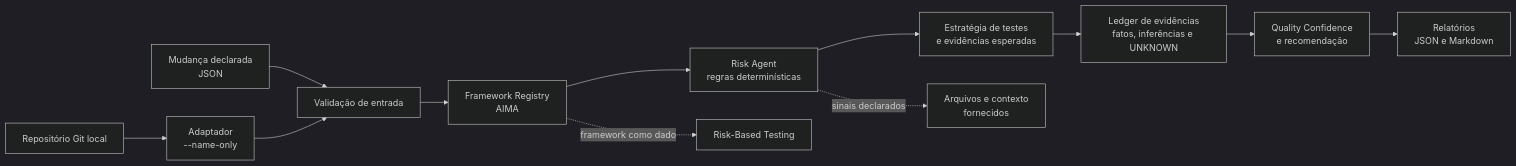
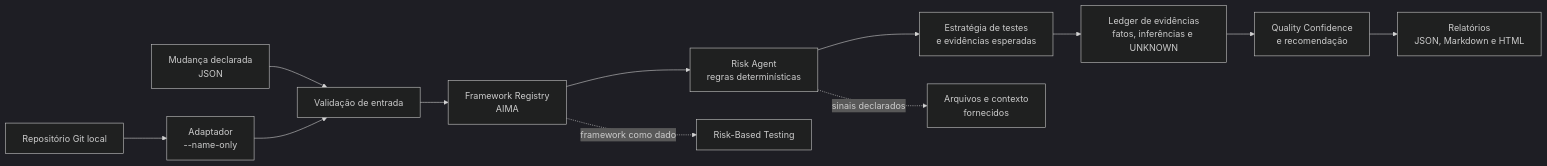
One commit to jonasqasoftware/aima-agentic-qe changed the diagram in ARCHITECTURE.md. Above: the diagram before and after it, drawn with Mermaid (dark theme). The commit also changed 7 other files, not shown here.

Commit message:
feat: add portable HTML quality report

````diff
--- a/ARCHITECTURE.md
+++ b/ARCHITECTURE.md
@@ -7,15 +7,15 @@
 ```mermaid
 flowchart LR
   Input["Mudança declarada\nJSON"] --> Validate["Validação de entrada"]
   Git["Repositório Git local"] --> Diff["Adaptador\n--name-only"]
   Diff --> Validate
   Validate --> Registry["Framework Registry\nAIMA"]
   Registry --> Risk["Risk Agent\nregras determinísticas"]
   Risk --> Strategy["Estratégia de testes\ne evidências esperadas"]
   Strategy --> Ledger["Ledger de evidências\nfatos, inferências e UNKNOWN"]
   Ledger --> Decision["Quality Confidence\ne recomendação"]
-  Decision --> Report["Relatórios\nJSON e Markdown"]
+  Decision --> Report["Relatórios\nJSON, Markdown e HTML"]
 
   Registry -. "framework como dado" .-> Framework["Risk-Based Testing"]
   Risk -. "sinais declarados" .-> Change["Arquivos e contexto\nfornecidos"]
 ```
````
